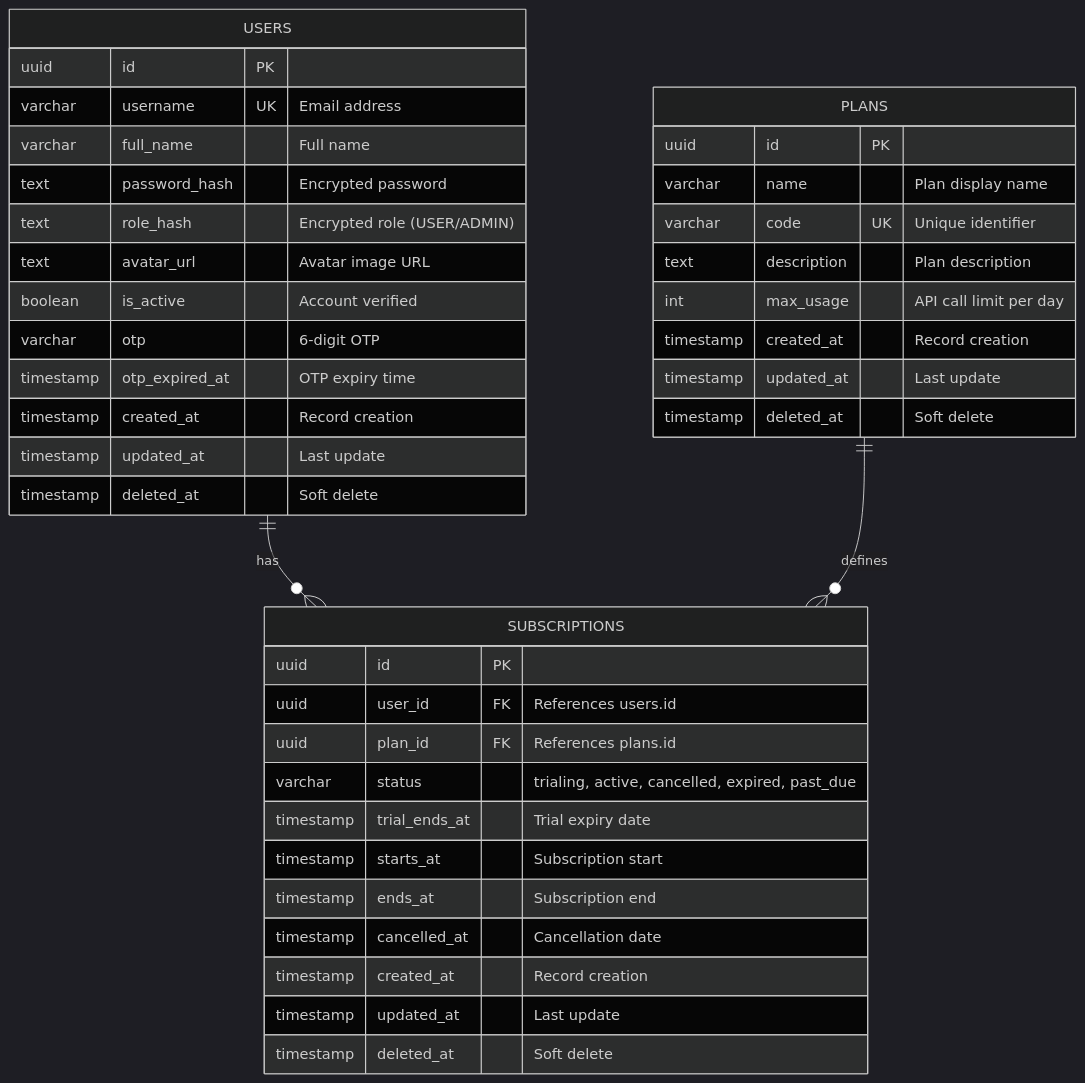
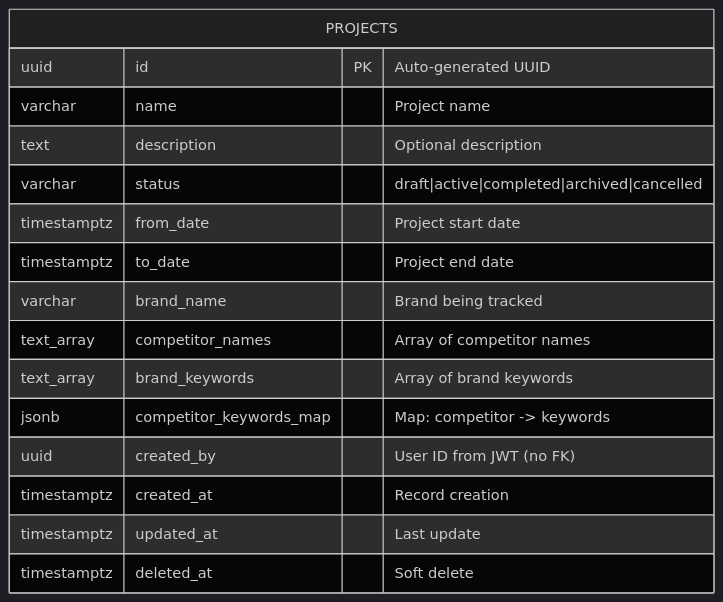
Before and after one commit to smap-hcmut/identity-srv: the diagram in project/document/overview.md, drawn with Mermaid (dark theme). The commit also changed other lines of this file and 33 other files, not shown here.

````diff
--- a/project/document/overview.md
+++ b/project/document/overview.md
@@ -231,45 +199,19 @@
 ```mermaid
 erDiagram
-    USERS ||--o{ SUBSCRIPTIONS : "has"
-    PLANS ||--o{ SUBSCRIPTIONS : "defines"
-    
-    USERS {
-        uuid id PK
-        varchar username UK "Email address"
-        varchar full_name "Full name"
-        text password_hash "Encrypted password"
-        text role_hash "Encrypted role (USER/ADMIN)"
-        text avatar_url "Avatar image URL"
-        boolean is_active "Account verified"
-        varchar otp "6-digit OTP"
-        timestamp otp_expired_at "OTP expiry time"
-        timestamp created_at "Record creation"
-        timestamp updated_at "Last update"
-        timestamp deleted_at "Soft delete"
-    }
-    
-    PLANS {
-        uuid id PK
-        varchar name "Plan display name"
-        varchar code UK "Unique identifier"
-        text description "Plan description"
-        int max_usage "API call limit per day"
-        timestamp created_at "Record creation"
-        timestamp updated_at "Last update"
-        timestamp deleted_at "Soft delete"
-    }
-    
-    SUBSCRIPTIONS {
-        uuid id PK
-        uuid user_id FK "References users.id"
-        uuid plan_id FK "References plans.id"
-        varchar status "trialing, active, cancelled, expired, past_due"
-        timestamp trial_ends_at "Trial expiry date"
-        timestamp starts_at "Subscription start"
-        timestamp ends_at "Subscription end"
-        timestamp cancelled_at "Cancellation date"
-        timestamp created_at "Record creation"
-        timestamp updated_at "Last update"
-        timestamp deleted_at "Soft delete"
+    PROJECTS {
+        uuid id PK "Auto-generated UUID"
+        varchar name "Project name"
+        text description "Optional description"
+        varchar status "draft|active|completed|archived|cancelled"
+        timestamptz from_date "Project start date"
+        timestamptz to_date "Project end date"
+        varchar brand_name "Brand being tracked"
+        text_array competitor_names "Array of competitor names"
+        text_array brand_keywords "Array of brand keywords"
+        jsonb competitor_keywords_map "Map: competitor -> keywords"
+        uuid created_by "User ID from JWT (no FK)"
+        timestamptz created_at "Record creation"
+        timestamptz updated_at "Last update"
+        timestamptz deleted_at "Soft delete"
     }
 ```
````
